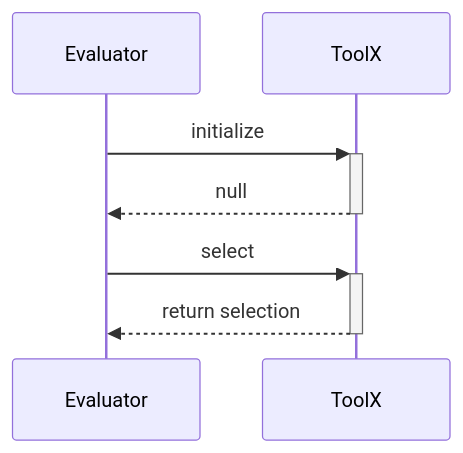
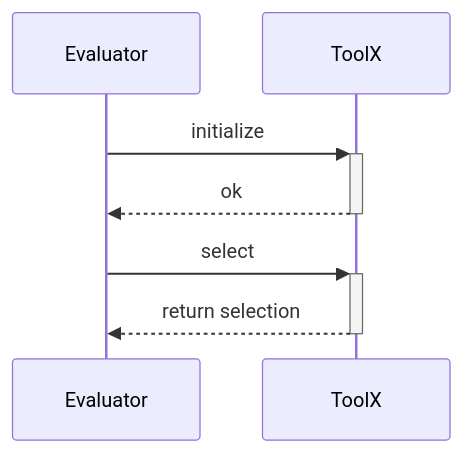
Before and after one commit to christianbirchler-org/sdc-testing-competition: the second of 2 diagrams in COMPETITION.md, drawn with Mermaid.

Commit message:
add return val

````diff
--- a/COMPETITION.md
+++ b/COMPETITION.md
@@ -74,7 +74,7 @@
 ```mermaid
 sequenceDiagram
     Evaluator ->>+ ToolX: initialize
-    ToolX -->>- Evaluator: null
+    ToolX -->>- Evaluator: ok
     Evaluator ->>+ ToolX: select
     ToolX -->>- Evaluator: return selection
 ```
````
